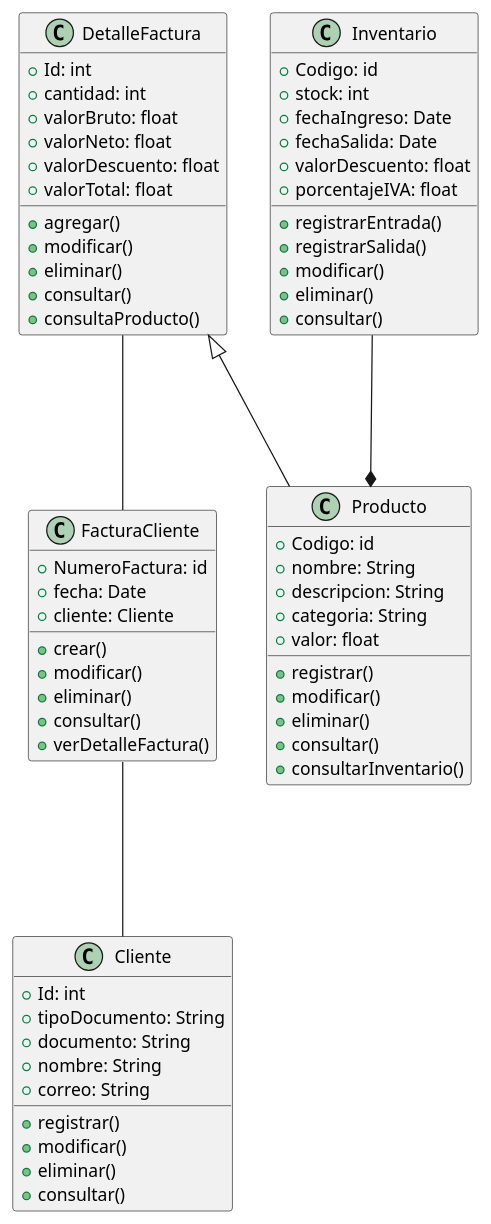
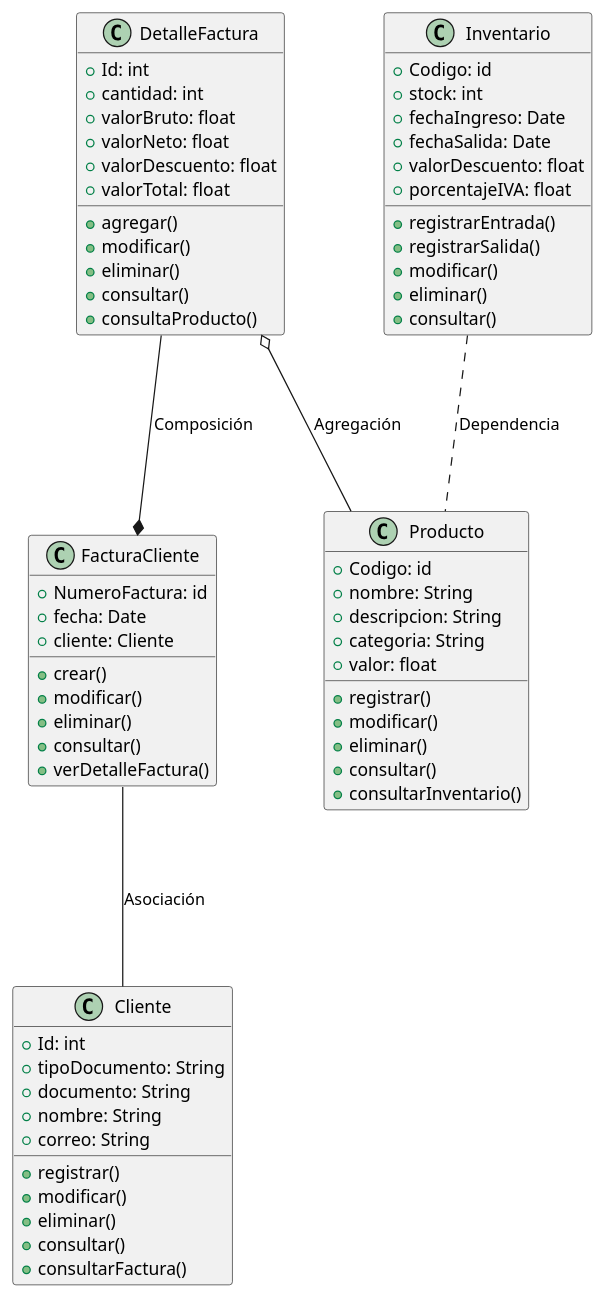
The diagram in Diagramas/Diagrama_Clases.wsd (Temenico/Parcial), drawn with PlantUML before and after one commit. The commit also changed 4 other files, not shown here.

```diff
--- a/Diagramas/Diagrama_Clases.wsd
+++ b/Diagramas/Diagrama_Clases.wsd
@@ -1,73 +1,74 @@
 @startuml Diagrama de Clases
 
 class Cliente {
   +Id: int
   +tipoDocumento: String
   +documento: String
   +nombre: String
   +correo: String
   +registrar()
   +modificar()
   +eliminar()
   +consultar()
+  +consultarFactura()
 }
 
 class FacturaCliente {
   +NumeroFactura: id
   +fecha: Date
   +cliente: Cliente
   +crear()
   +modificar()
   +eliminar()
   +consultar()
   +verDetalleFactura()
 }
 
 class DetalleFactura {
   +Id: int
   +cantidad: int
   +valorBruto: float
   +valorNeto: float
   +valorDescuento: float
   +valorTotal: float
   +agregar()
   +modificar()
   +eliminar()
   +consultar()
   +consultaProducto()
 }
 
 class Producto {
   +Codigo: id
   +nombre: String
   +descripcion: String
   +categoria: String
   +valor: float
   +registrar()
   +modificar()
   +eliminar()
   +consultar()
   +consultarInventario()
 }
 
 class Inventario {
   +Codigo: id
   +stock: int
   +fechaIngreso: Date
   +fechaSalida: Date
   +valorDescuento: float
   +porcentajeIVA: float
   +registrarEntrada()
   +registrarSalida()
   +modificar()
   +eliminar()
   +consultar()
 }
 
 
-DetalleFactura --- FacturaCliente
-DetalleFactura <|--- Producto
-Inventario ---* Producto 
-FacturaCliente --- Cliente
+DetalleFactura ---* FacturaCliente : Composición
+DetalleFactura o--- Producto : Agregación
+Inventario ... Producto : Dependencia
+FacturaCliente --- Cliente : Asociación
 
 @enduml
```
